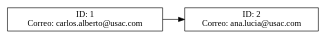
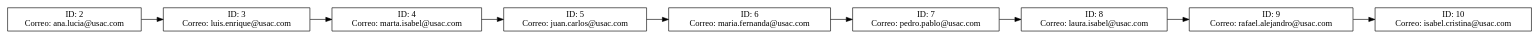
One commit to JavierVelasquez39/-EDD-1S2025_202307775 changed the diagram in Fase 2/AutoGestPro/Reportes/ListaSimpleUsuarios.dot. Above: the diagram before and after it, drawn with Graphviz. The commit also changed 111 other files, not shown here.

```diff
--- a/Fase 2/AutoGestPro/Reportes/ListaSimpleUsuarios.dot
+++ b/Fase 2/AutoGestPro/Reportes/ListaSimpleUsuarios.dot
@@ -1,7 +1,21 @@
 digraph ListaSimpleUsuarios {
 rankdir=LR;
 node [shape=record];
-node0 [label="ID: 1\nCorreo: carlos.alberto@usac.com"];
+node0 [label="ID: 2\nCorreo: ana.lucia@usac.com"];
 node0 -> node1;
-node1 [label="ID: 2\nCorreo: ana.lucia@usac.com"];
+node1 [label="ID: 3\nCorreo: luis.enrique@usac.com"];
+node1 -> node2;
+node2 [label="ID: 4\nCorreo: marta.isabel@usac.com"];
+node2 -> node3;
+node3 [label="ID: 5\nCorreo: juan.carlos@usac.com"];
+node3 -> node4;
+node4 [label="ID: 6\nCorreo: maria.fernanda@usac.com"];
+node4 -> node5;
+node5 [label="ID: 7\nCorreo: pedro.pablo@usac.com"];
+node5 -> node6;
+node6 [label="ID: 8\nCorreo: laura.isabel@usac.com"];
+node6 -> node7;
+node7 [label="ID: 9\nCorreo: rafael.alejandro@usac.com"];
+node7 -> node8;
+node8 [label="ID: 10\nCorreo: isabel.cristina@usac.com"];
 }
```
